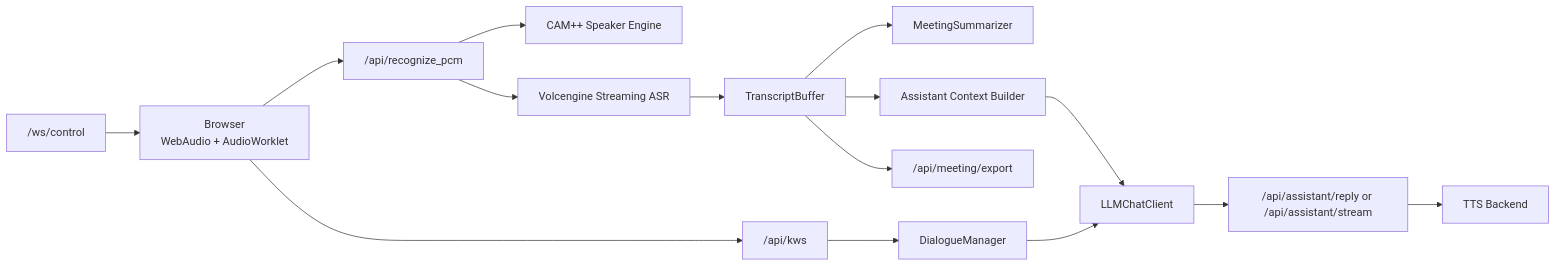
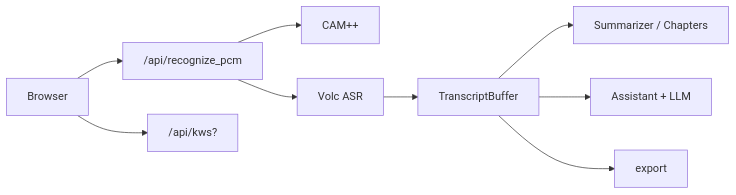
Before and after one commit to dengyao1/EchoPass: the diagram in README.md, drawn with Mermaid. The commit also changed other lines of this file, not shown here.

````diff
--- a/README.md
+++ b/README.md
@@ -17,17 +21,11 @@
 ```mermaid
 flowchart LR
-    A["Browser<br/>WebAudio + AudioWorklet"] --> B["/api/recognize_pcm"]
-    A --> C["/api/kws"]
-    B --> D["CAM++ Speaker Engine"]
-    B --> E["Volcengine Streaming ASR"]
-    E --> F["TranscriptBuffer"]
-    F --> G["MeetingSummarizer"]
-    F --> H["Assistant Context Builder"]
-    C --> I["DialogueManager"]
-    H --> J["LLMChatClient"]
-    I --> J
-    J --> K["/api/assistant/reply or /api/assistant/stream"]
-    K --> L["TTS Backend"]
-    F --> M["/api/meeting/export"]
-    N["/ws/control"] --> A
+    A[Browser] --> B["/api/recognize_pcm"]
+    A --> C["/api/kws?"]
+    B --> D[CAM++]
+    B --> E[Volc ASR]
+    E --> F[TranscriptBuffer]
+    F --> G[Summarizer / Chapters]
+    F --> H[Assistant + LLM]
+    F --> I[export]
 ```
````
